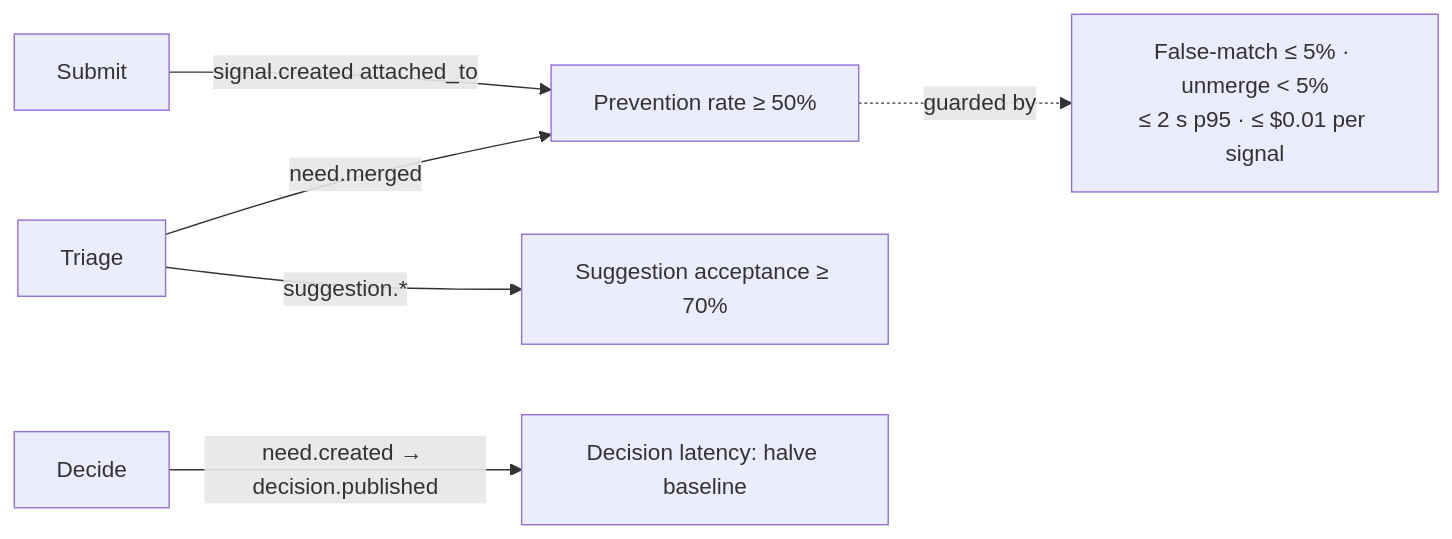
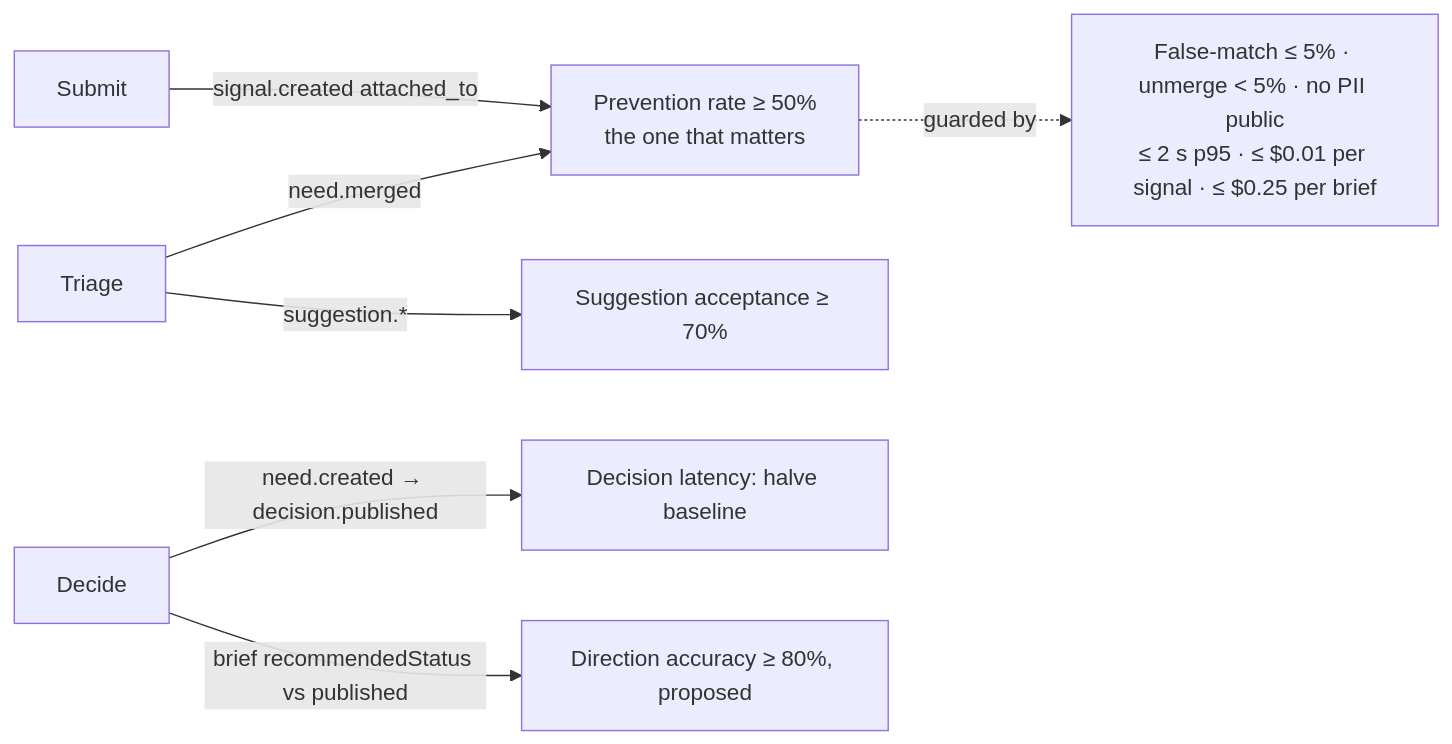
One commit to gaboesquivel/flow-signal changed the ninth of 9 diagrams in docs/harness/product-workflows.md. Above: the diagram before and after it, drawn with Mermaid. The commit also changed other lines of this file and 7 other files, not shown here.

First line of the commit message:
docs(harness): refresh diagrams for specs 006, 007, and 010 (#12)

````diff
--- a/docs/harness/product-workflows.md
+++ b/docs/harness/product-workflows.md
@@ -114,8 +130,9 @@
 ```mermaid
 flowchart LR
-  J1[Submit] -->|signal.created attached_to| M1[Prevention rate ≥ 50%]
+  J1[Submit] -->|signal.created attached_to| M1[Prevention rate ≥ 50%<br/>the one that matters]
   J4[Triage] -->|need.merged| M1
   J4 -->|suggestion.*| M3[Suggestion acceptance ≥ 70%]
   J5[Decide] -->|need.created → decision.published| M2[Decision latency: halve baseline]
-  M1 -. guarded by .-> G[False-match ≤ 5% · unmerge < 5%<br/>≤ 2 s p95 · ≤ $0.01 per signal]
+  J5 -->|brief recommendedStatus vs published| DX[Direction accuracy ≥ 80%, proposed]
+  M1 -. guarded by .-> G[False-match ≤ 5% · unmerge < 5% · no PII public<br/>≤ 2 s p95 · ≤ $0.01 per signal · ≤ $0.25 per brief]
 ```
````
